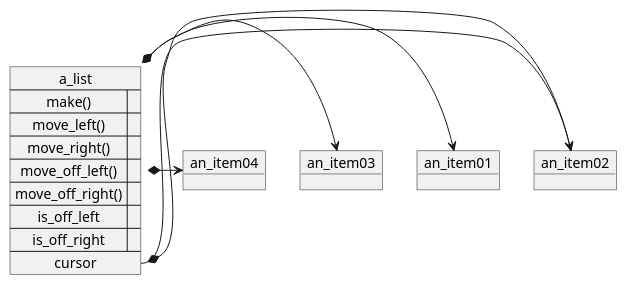
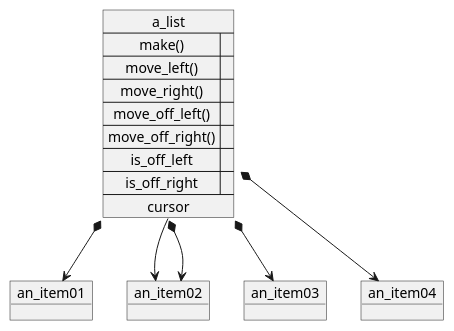
Before and after one commit to elviejo79/literate_pro_for_beeminder: the second of 11 diagrams in docs/6_Lists.md, drawn with PlantUML. The commit also changed other lines of this file and 3 other files, not shown here.

````diff
--- a/docs/6_Lists.md
+++ b/docs/6_Lists.md
@@ -183,25 +183,25 @@
 ```plantuml
 @startuml
 object an_item01
 object an_item02
 object an_item03
 object an_item04
 
 map a_list {
     make() =>
     move_left() =>
     move_right() =>
     move_off_left() =>
     move_off_right() =>
     is_off_left =>
     is_off_right =>
-    cursor *-> an_item02
+    cursor *--> an_item02
 }
 
-a_list *-> an_item01
-a_list *-> an_item02
-a_list *-> an_item03
-a_list *-> an_item04
+a_list *--> an_item01
+a_list *--> an_item02
+a_list *--> an_item03
+a_list *--> an_item04
 
 @enduml
 ```
````
